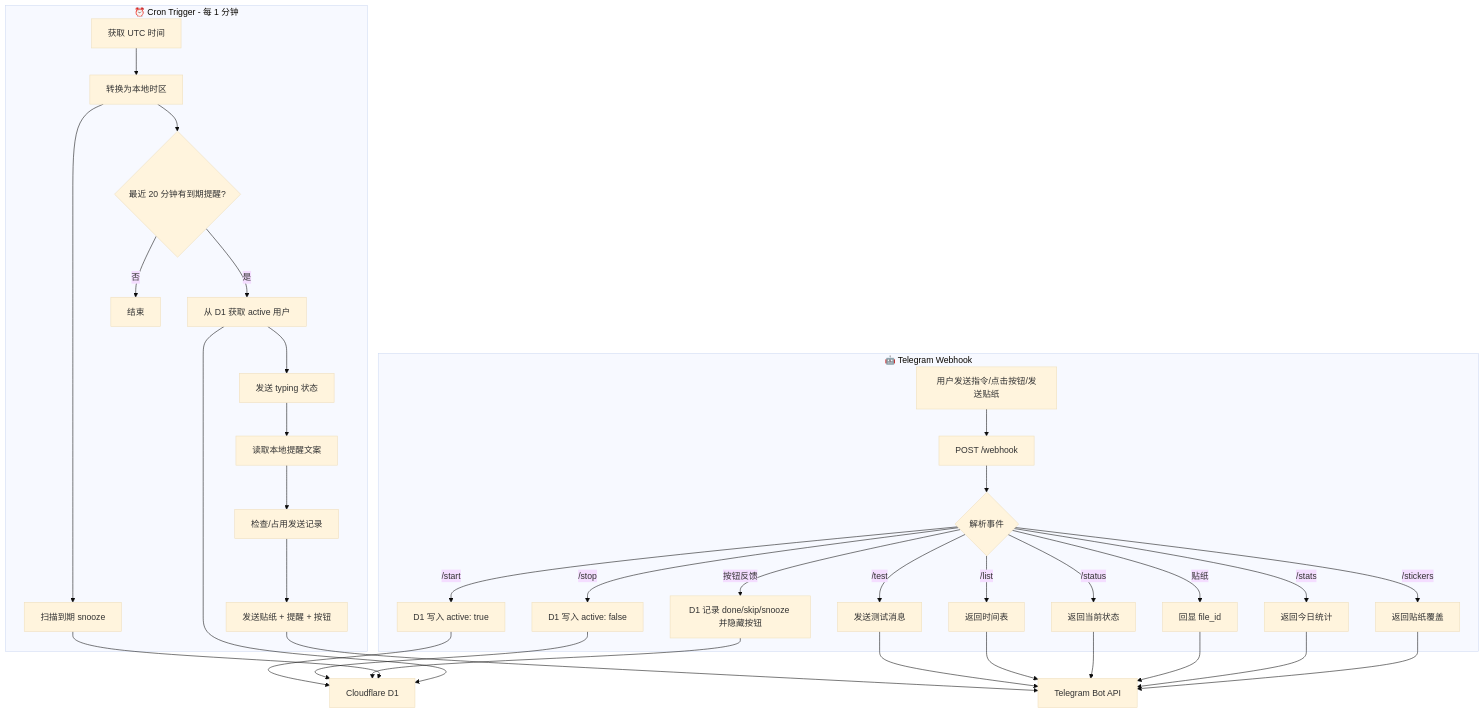
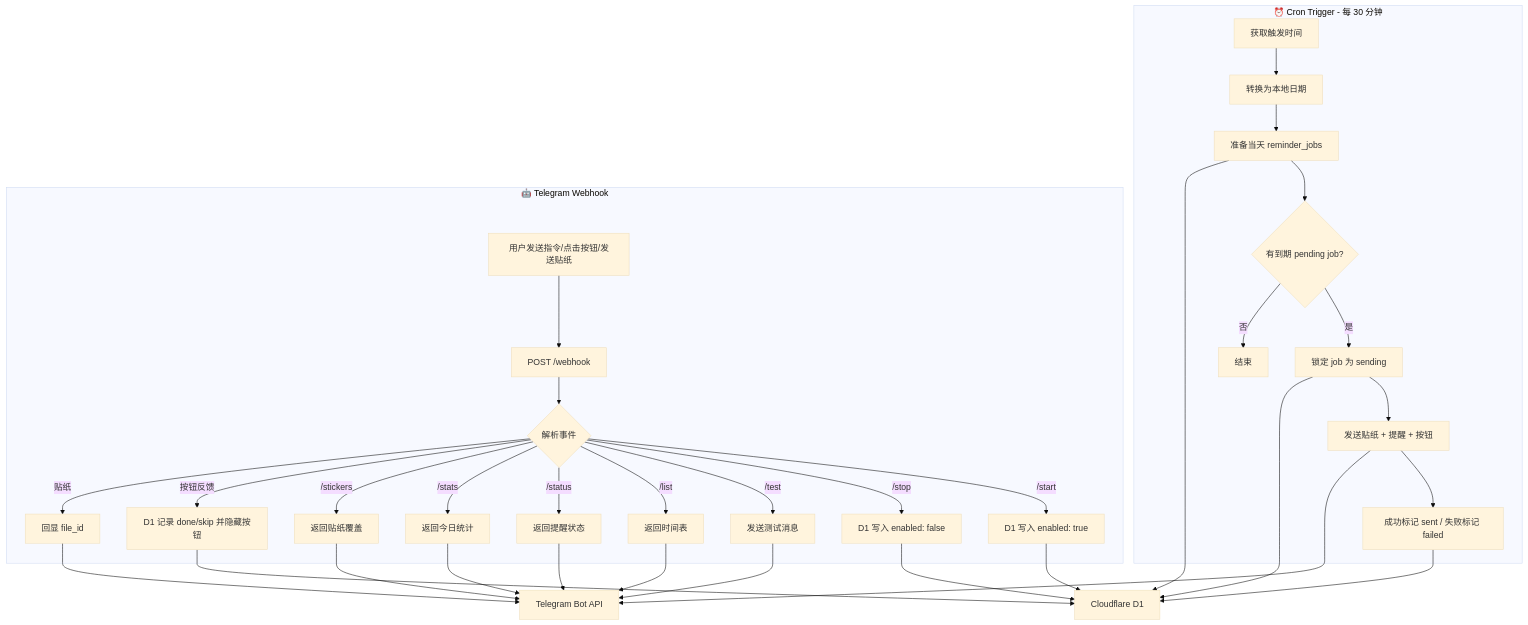
Before and after one commit to aouos/reminder-bot: the diagram in README.md, drawn with Mermaid (base theme). The commit also changed other lines of this file and 9 other files, not shown here.

First line of the commit message:
Refactor reminder job handling and introduce daily schedule

````diff
--- a/README.md
+++ b/README.md
@@ -167,33 +180,31 @@
 ```mermaid
 flowchart TB
-    subgraph cron["⏰ Cron Trigger - 每 1 分钟"]
-        C1[获取 UTC 时间] --> C2[转换为本地时区]
-        C2 --> C0[扫描到期 snooze]
-        C2 --> C3{最近 20 分钟有到期提醒?}
-        C3 -->|是| C4[从 D1 获取 active 用户]
-        C4 --> C5[发送 typing 状态]
-        C5 --> C6[读取本地提醒文案]
-        C6 --> C9[检查/占用发送记录]
-        C9 --> C7[发送贴纸 + 提醒 + 按钮]
+    subgraph cron["⏰ Cron Trigger - 每 30 分钟"]
+        C1[获取触发时间] --> C2[转换为本地日期]
+        C2 --> C0[准备当天 reminder_jobs]
+        C0 --> C3{有到期 pending job?}
+        C3 -->|是| C4[锁定 job 为 sending]
+        C4 --> C6[发送贴纸 + 提醒 + 按钮]
+        C6 --> C9[成功标记 sent / 失败标记 failed]
         C3 -->|否| C8[结束]
     end
 
     subgraph webhook["🤖 Telegram Webhook"]
         W1[用户发送指令/点击按钮/发送贴纸] --> W2[POST /webhook]
         W2 --> W3{解析事件}
-        W3 -->|/start| W4[D1 写入 active: true]
-        W3 -->|/stop| W5[D1 写入 active: false]
+        W3 -->|/start| W4[D1 写入 enabled: true]
+        W3 -->|/stop| W5[D1 写入 enabled: false]
         W3 -->|/test| W6[发送测试消息]
         W3 -->|/list| W7[返回时间表]
-        W3 -->|/status| W8[返回当前状态]
+        W3 -->|/status| W8[返回提醒状态]
         W3 -->|/stats| W11[返回今日统计]
         W3 -->|/stickers| W12[返回贴纸覆盖]
-        W3 -->|按钮反馈| W9[D1 记录 done/skip/snooze 并隐藏按钮]
+        W3 -->|按钮反馈| W9[D1 记录 done/skip 并隐藏按钮]
         W3 -->|贴纸| W10[回显 file_id]
     end
 
-    C7 --> TG[Telegram Bot API]
+    C6 --> TG[Telegram Bot API]
     W4 & W5 & W9 --> D1[Cloudflare D1]
     W6 & W7 & W8 & W10 & W11 & W12 --> TG
-    C0 & C4 --> D1
+    C0 & C4 & C9 --> D1
 ```
````
